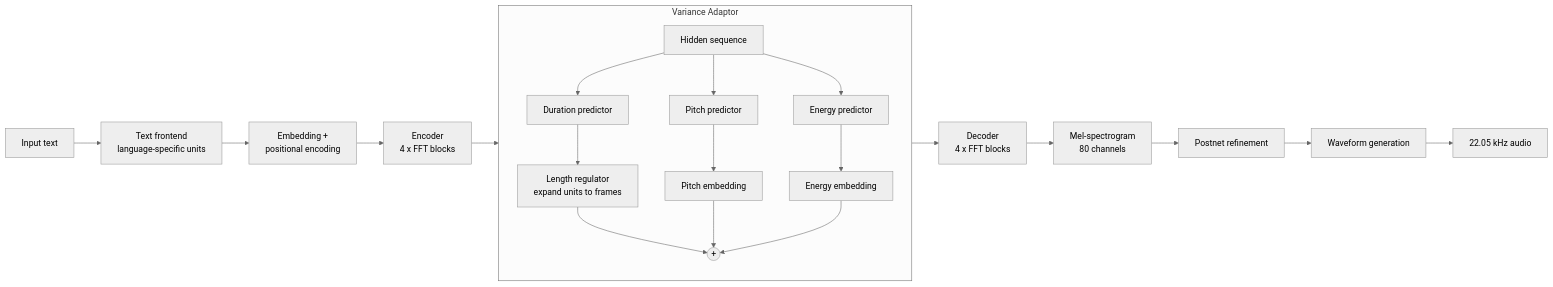
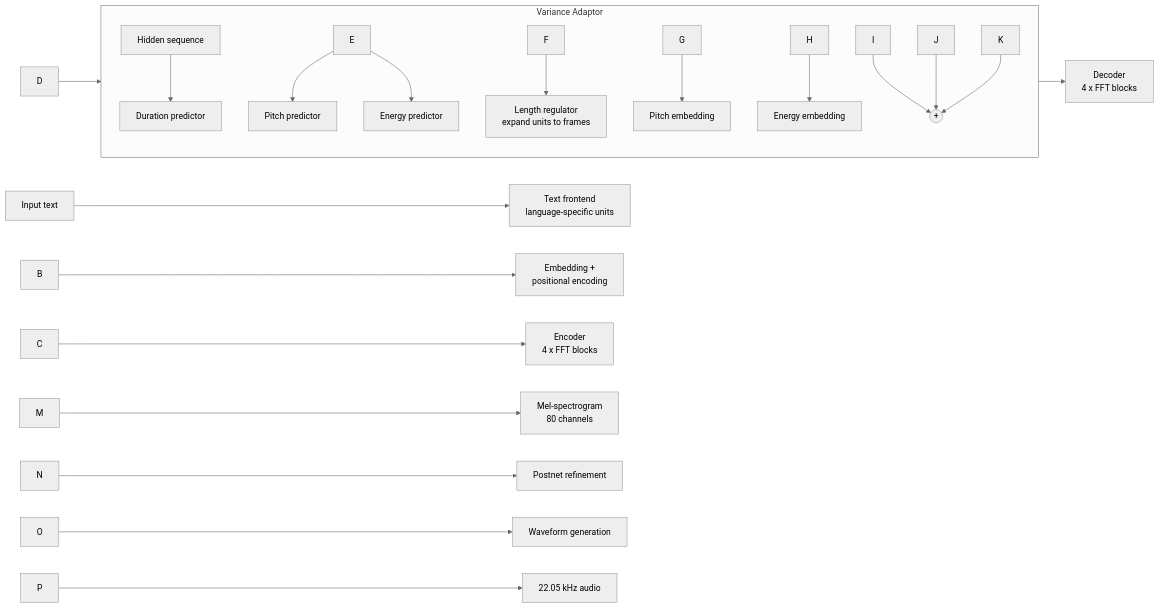
One commit to aliasyeda/IIITH-FastSpeech2 changed the first of 2 diagrams in README.md. Above: the diagram before and after it, drawn with Mermaid (neutral theme). The commit also changed other lines of this file and 1 other file, not shown here.

````diff
--- a/README.md
+++ b/README.md
@@ -82,26 +105,26 @@
 ```mermaid
 flowchart LR
-    A["Input text"] --> B["Text frontend<br/>language-specific units"]
-    B --> C["Embedding +<br/>positional encoding"]
-    C --> D["Encoder<br/>4 x FFT blocks"]
+    A\["Input text"] --> B\["Text frontend<br/>language-specific units"]
+    B --> C\["Embedding +<br/>positional encoding"]
+    C --> D\["Encoder<br/>4 x FFT blocks"]
     D --> E
 
-    subgraph VA["Variance Adaptor"]
+    subgraph VA\["Variance Adaptor"]
         direction TB
-        E["Hidden sequence"] --> F["Duration predictor"]
-        E --> G["Pitch predictor"]
-        E --> H["Energy predictor"]
-        F --> I["Length regulator<br/>expand units to frames"]
-        G --> J["Pitch embedding"]
-        H --> K["Energy embedding"]
+        E\["Hidden sequence"] --> F\["Duration predictor"]
+        E --> G\["Pitch predictor"]
+        E --> H\["Energy predictor"]
+        F --> I\["Length regulator<br/>expand units to frames"]
+        G --> J\["Pitch embedding"]
+        H --> K\["Energy embedding"]
         I --> L(("+"))
         J --> L
         K --> L
     end
 
-    L --> M["Decoder<br/>4 x FFT blocks"]
-    M --> N["Mel-spectrogram<br/>80 channels"]
-    N --> O["Postnet refinement"]
-    O --> P["Waveform generation"]
-    P --> Q["22.05 kHz audio"]
+    L --> M\["Decoder<br/>4 x FFT blocks"]
+    M --> N\["Mel-spectrogram<br/>80 channels"]
+    N --> O\["Postnet refinement"]
+    O --> P\["Waveform generation"]
+    P --> Q\["22.05 kHz audio"]
 ```
````
